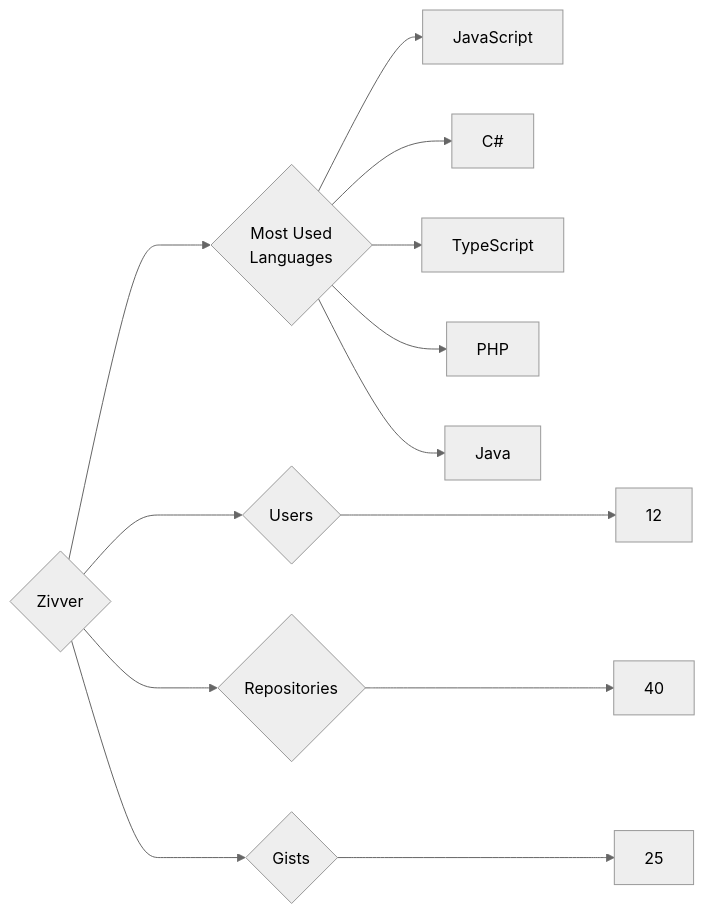
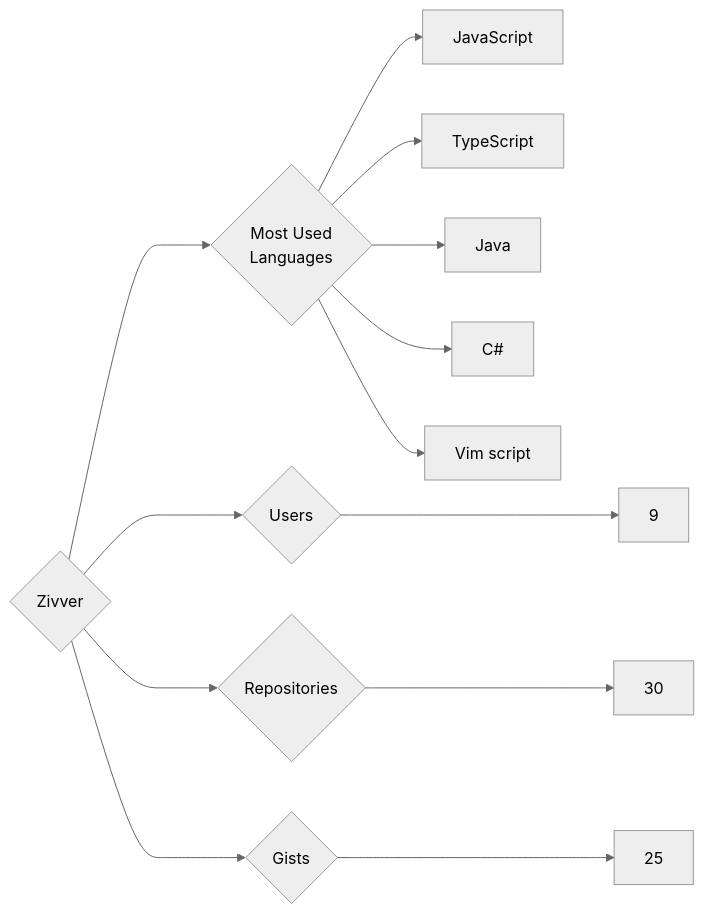
Before and after one commit to trickest/insiders: the diagram in targets/Zivver/README.md, drawn with Mermaid (neutral theme). The commit also changed 898 other files, not shown here.

````diff
--- a/targets/Zivver/README.md
+++ b/targets/Zivver/README.md
@@ -3,13 +3,13 @@
 ```mermaid
 graph LR
 COMPANY_NAME{Zivver}
-COMPANY_NAME ---> U{Users} ---> UN[12]
-COMPANY_NAME ---> R{Repositories} ---> RN[40]
+COMPANY_NAME ---> U{Users} ---> UN[9]
+COMPANY_NAME ---> R{Repositories} ---> RN[30]
 COMPANY_NAME ---> G{Gists} ---> GN[25]
 COMPANY_NAME ---> ML{Most Used<br>Languages}
 ML --> JavaScript[JavaScript]
+ML --> TypeScript[TypeScript]
+ML --> Java[Java]
 ML --> C#[C#]
-ML --> TypeScript[TypeScript]
-ML --> PHP[PHP]
-ML --> Java[Java]
+ML --> Vim_script[Vim script]
 ```
````
